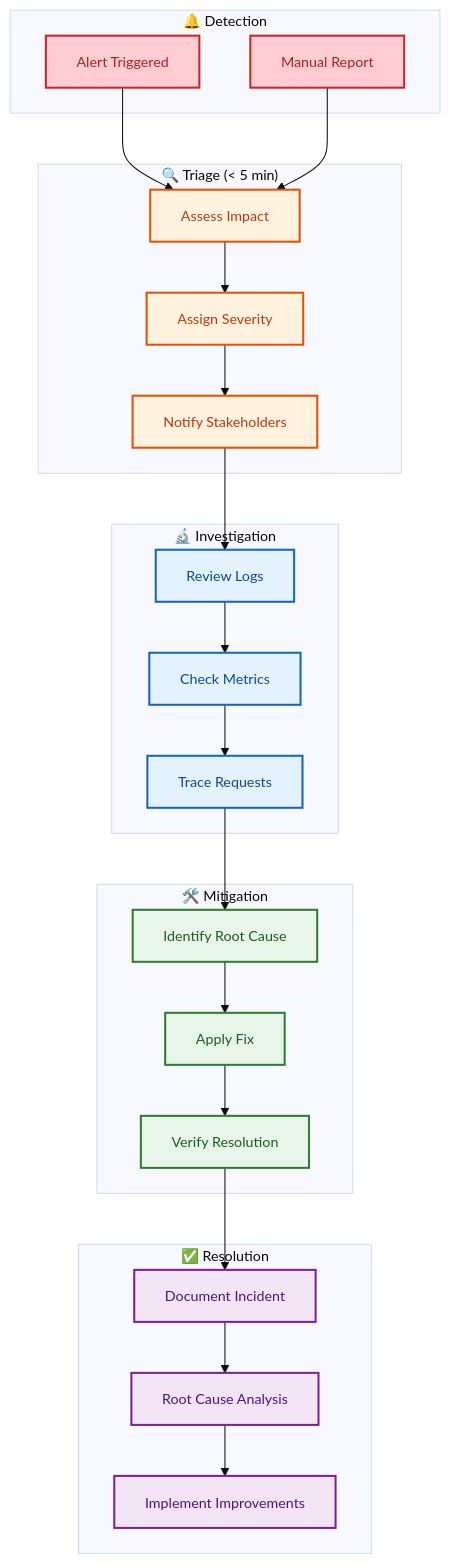
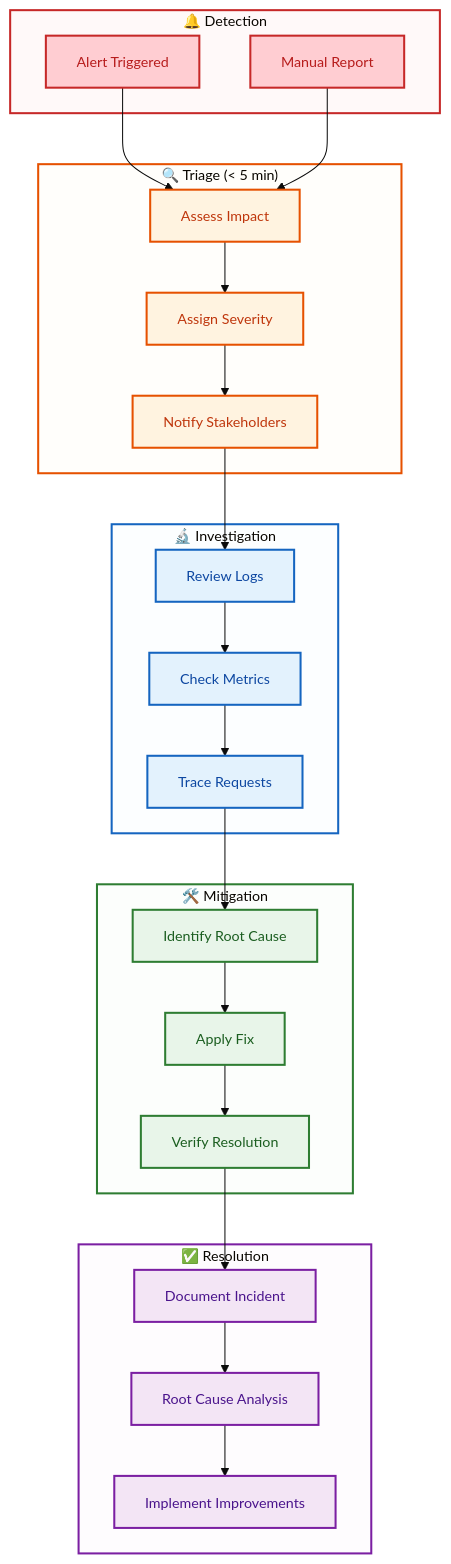
The fourth of 4 diagrams in docs/architecture/08-operations-runbook.md (Evilazaro/Azure-LogicApps-Monitoring), drawn with Mermaid before and after one commit.

Commit message:
Enhance Operations Runbook with visual phase grouping styles for detection, triage, investigation, mitigation, and resolution

````diff
--- a/docs/architecture/08-operations-runbook.md
+++ b/docs/architecture/08-operations-runbook.md
@@ -526,58 +526,65 @@
 ```mermaid
 %%{init: {'theme': 'base', 'themeVariables': { 'fontSize': '14px'}}}%%
 flowchart TB
     subgraph Detection["🔔 Detection"]
         Alert["Alert Triggered"]
         Manual["Manual Report"]
     end
 
     subgraph Triage["🔍 Triage (< 5 min)"]
         Assess["Assess Impact"]
         Severity["Assign Severity"]
         Notify["Notify Stakeholders"]
     end
 
     subgraph Investigate["🔬 Investigation"]
         Logs["Review Logs"]
         Metrics["Check Metrics"]
         Trace["Trace Requests"]
     end
 
     subgraph Mitigate["🛠️ Mitigation"]
         Identify["Identify Root Cause"]
         Fix["Apply Fix"]
         Verify["Verify Resolution"]
     end
 
     subgraph Resolve["✅ Resolution"]
         Document["Document Incident"]
         RCA["Root Cause Analysis"]
         Improve["Implement Improvements"]
     end
 
     Alert --> Assess
     Manual --> Assess
     Assess --> Severity
     Severity --> Notify
     Notify --> Logs
     Logs --> Metrics
     Metrics --> Trace
     Trace --> Identify
     Identify --> Fix
     Fix --> Verify
     Verify --> Document
     Document --> RCA
     RCA --> Improve
 
     classDef detect fill:#ffcdd2,stroke:#c62828,stroke-width:2px,color:#b71c1c
     classDef triage fill:#fff3e0,stroke:#e65100,stroke-width:2px,color:#bf360c
     classDef investigate fill:#e3f2fd,stroke:#1565c0,stroke-width:2px,color:#0d47a1
     classDef mitigate fill:#e8f5e9,stroke:#2e7d32,stroke-width:2px,color:#1b5e20
     classDef resolve fill:#f3e5f5,stroke:#7b1fa2,stroke-width:2px,color:#4a148c
 
     class Alert,Manual detect
     class Assess,Severity,Notify triage
     class Logs,Metrics,Trace investigate
     class Identify,Fix,Verify mitigate
     class Document,RCA,Improve resolve
+
+    %% Subgraph container styling for visual phase grouping
+    style Detection fill:#ffcdd222,stroke:#c62828,stroke-width:2px
+    style Triage fill:#fff3e022,stroke:#e65100,stroke-width:2px
+    style Investigate fill:#e3f2fd22,stroke:#1565c0,stroke-width:2px
+    style Mitigate fill:#e8f5e922,stroke:#2e7d32,stroke-width:2px
+    style Resolve fill:#f3e5f522,stroke:#7b1fa2,stroke-width:2px
 ```
````
